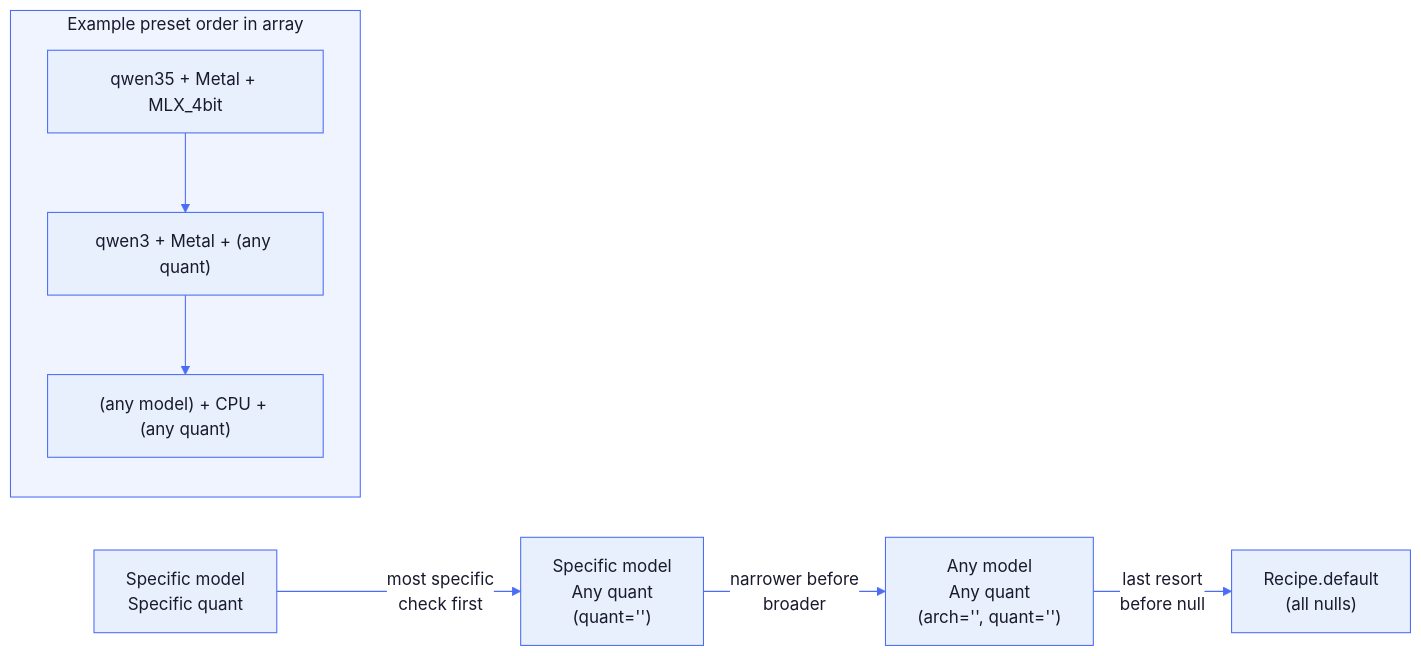
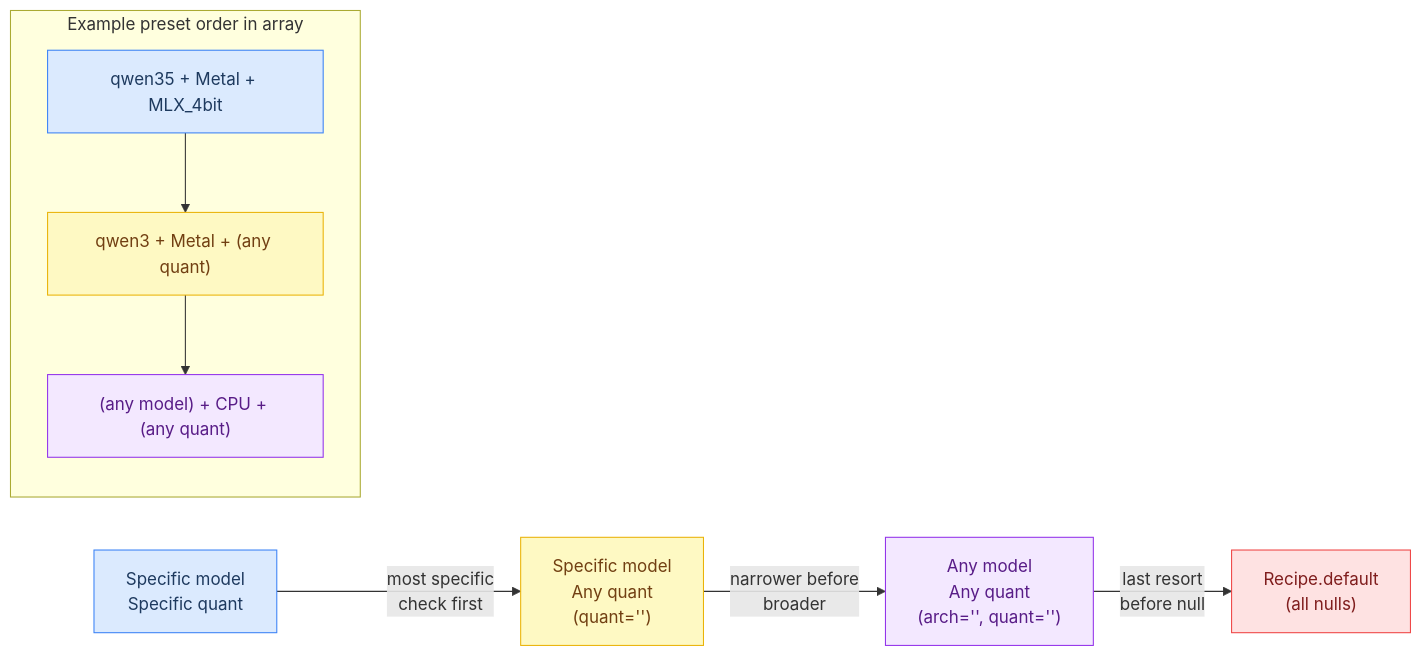
Before and after one commit to maci0/agave: the sixth of 6 diagrams in docs/tutorial/16-recipe-system.md, drawn with Mermaid. The commit also changed other lines of this file and 24 other files, not shown here.

First line of the commit message:
docs: convert all mermaid diagrams to classDef semantic colors

````diff
--- a/docs/tutorial/16-recipe-system.md
+++ b/docs/tutorial/16-recipe-system.md
@@ -541,32 +549,26 @@
 ```mermaid
-%%{init: {'theme': 'base', 'themeVariables': {
-  'primaryColor': '#e8f0fe',
-  'primaryTextColor': '#1a1a2e',
-  'primaryBorderColor': '#4a6cf7',
-  'lineColor': '#4a6cf7',
-  'secondaryColor': '#f0f4ff',
-  'tertiaryColor': '#f8f9ff',
-  'edgeLabelBackground': '#ffffff',
-  'clusterBkg': '#f0f4ff',
-  'clusterBorder': '#4a6cf7',
-  'titleColor': '#1a1a2e',
-  'nodeTextColor': '#1a1a2e',
-  'fontFamily': 'ui-monospace, SFMono-Regular, monospace'
-}}}%%
 graph LR
-    Any["Any model\nAny quant\n(arch='', quant='')"]
-    AnyQ["Specific model\nAny quant\n(quant='')"]
-    Exact["Specific model\nSpecific quant"]
+    classDef setup     fill:#dbeafe,stroke:#3b82f6,color:#1e3a5f
+    classDef sync      fill:#dcfce7,stroke:#22c55e,color:#14532d
+    classDef migration fill:#fef9c3,stroke:#eab308,color:#713f12
+    classDef success   fill:#bbf7d0,stroke:#16a34a,color:#14532d
+    classDef danger    fill:#fee2e2,stroke:#ef4444,color:#7f1d1d
+    classDef optional  fill:#f3e8ff,stroke:#9333ea,color:#581c87
+
+    Exact["Specific model\nSpecific quant"]:::setup
+    AnyQ["Specific model\nAny quant\n(quant='')"]:::migration
+    Any["Any model\nAny quant\n(arch='', quant='')"]:::optional
+    Fallback["Recipe.default\n(all nulls)"]:::danger
 
     Exact -->|"most specific\ncheck first"| AnyQ
     AnyQ -->|"narrower before\nbroader"| Any
-    Any -->|"last resort\nbefore null"| Fallback["Recipe.default\n(all nulls)"]
+    Any -->|"last resort\nbefore null"| Fallback
 
     subgraph Examples["Example preset order in array"]
         direction TB
-        P1["qwen35 + Metal + MLX_4bit"]
-        P2["qwen3 + Metal + (any quant)"]
-        P3["(any model) + CPU + (any quant)"]
+        P1["qwen35 + Metal + MLX_4bit"]:::setup
+        P2["qwen3 + Metal + (any quant)"]:::migration
+        P3["(any model) + CPU + (any quant)"]:::optional
         P1 --> P2 --> P3
     end
 ```
````
